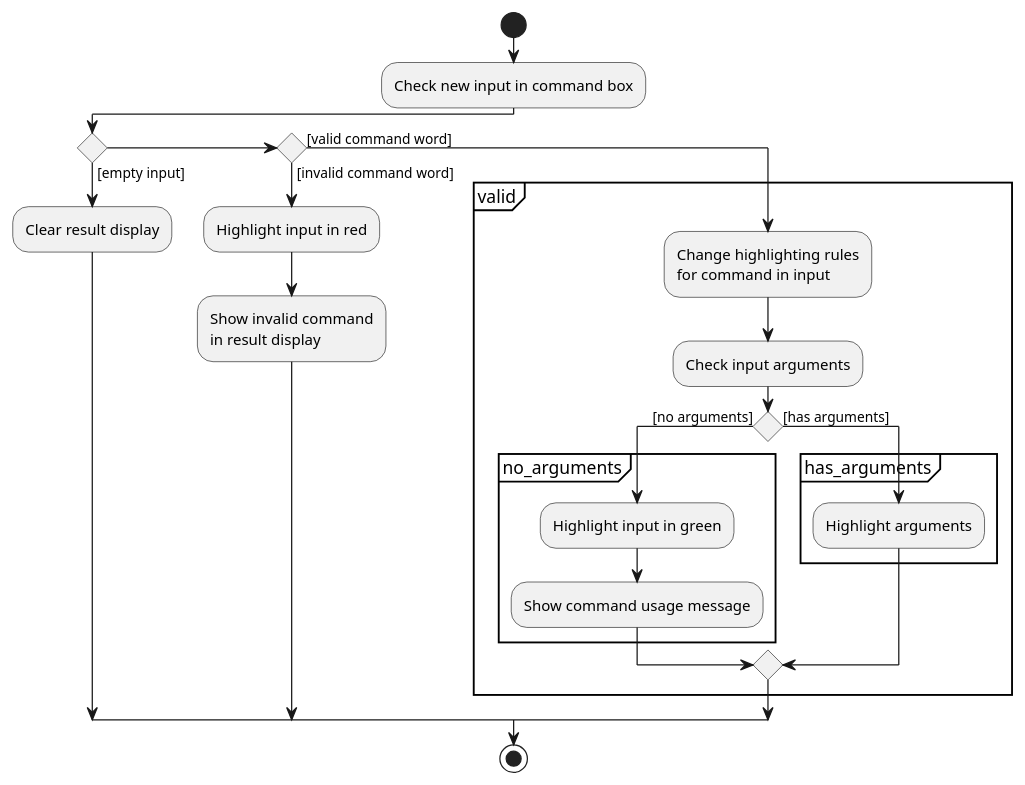
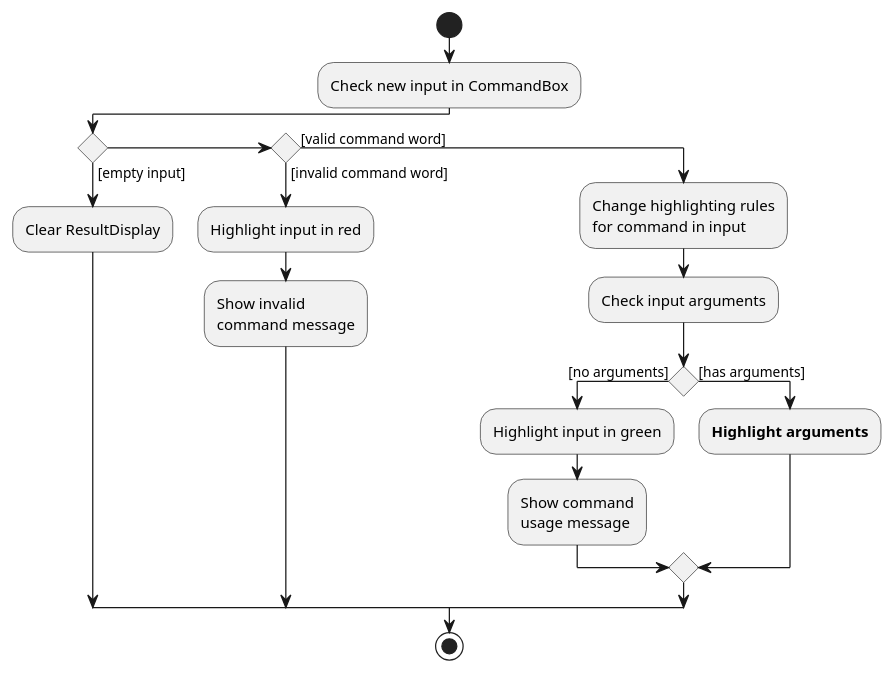
One commit to nus-cs2103-AY1920S2/addressbook-level3 changed the first of 3 diagrams in docs/diagrams/SyntaxHighlightingActivityDiagram.puml. Above: the diagram before and after it, drawn with PlantUML. The commit also changed other lines of this file and 8 other files, not shown here.

```diff
--- a/docs/diagrams/SyntaxHighlightingActivityDiagram.puml
+++ b/docs/diagrams/SyntaxHighlightingActivityDiagram.puml
@@ -1,33 +1,28 @@
 @startuml
 start
-:Check new input in command box;
+:Check new input in CommandBox;
 
 if () then ([empty input])
-    :Clear result display;
+    :Clear ResultDisplay;
 
 else if () then ([invalid command word])
     :Highlight input in red;
-    :Show invalid command
-    in result display;
+    :Show invalid
+    command message;
 
 else ([valid command word])
-partition valid {
     :Change highlighting rules
     for command in input;
 
     :Check input arguments;
 
     if () then ([no arguments])
-    partition no_arguments {
         :Highlight input in green;
-        :Show command usage message;
-    }
+        :Show command
+        usage message;
     else ([has arguments])
-    partition has_arguments {
-        :Highlight arguments;
-    }
+        :<b>Highlight arguments</b>;
     endif
-}
 endif
 stop
 @enduml
```
